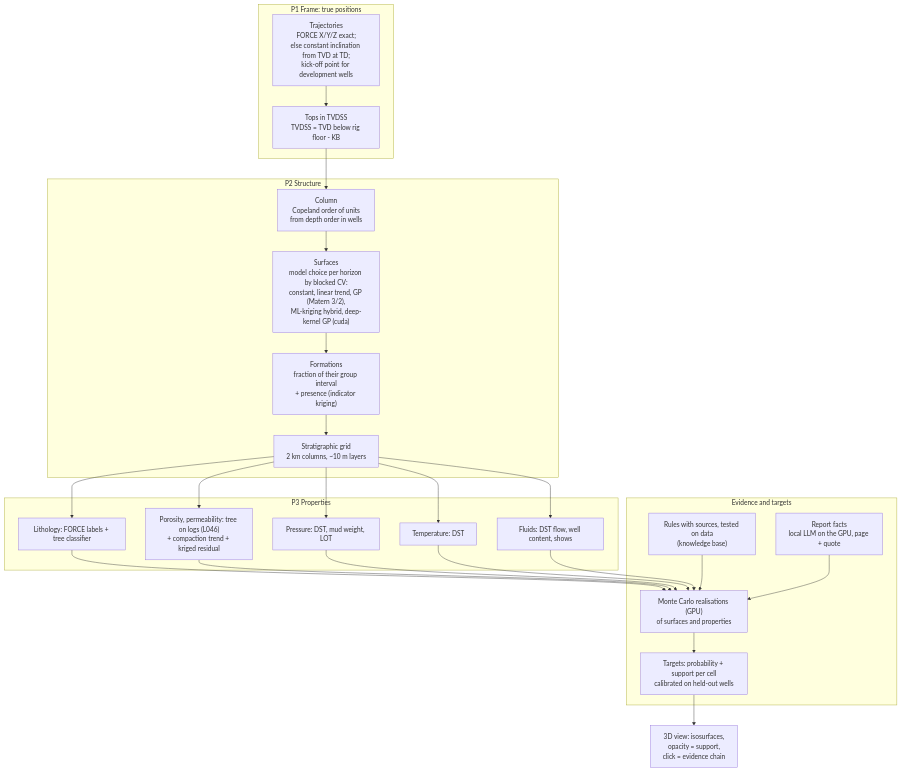
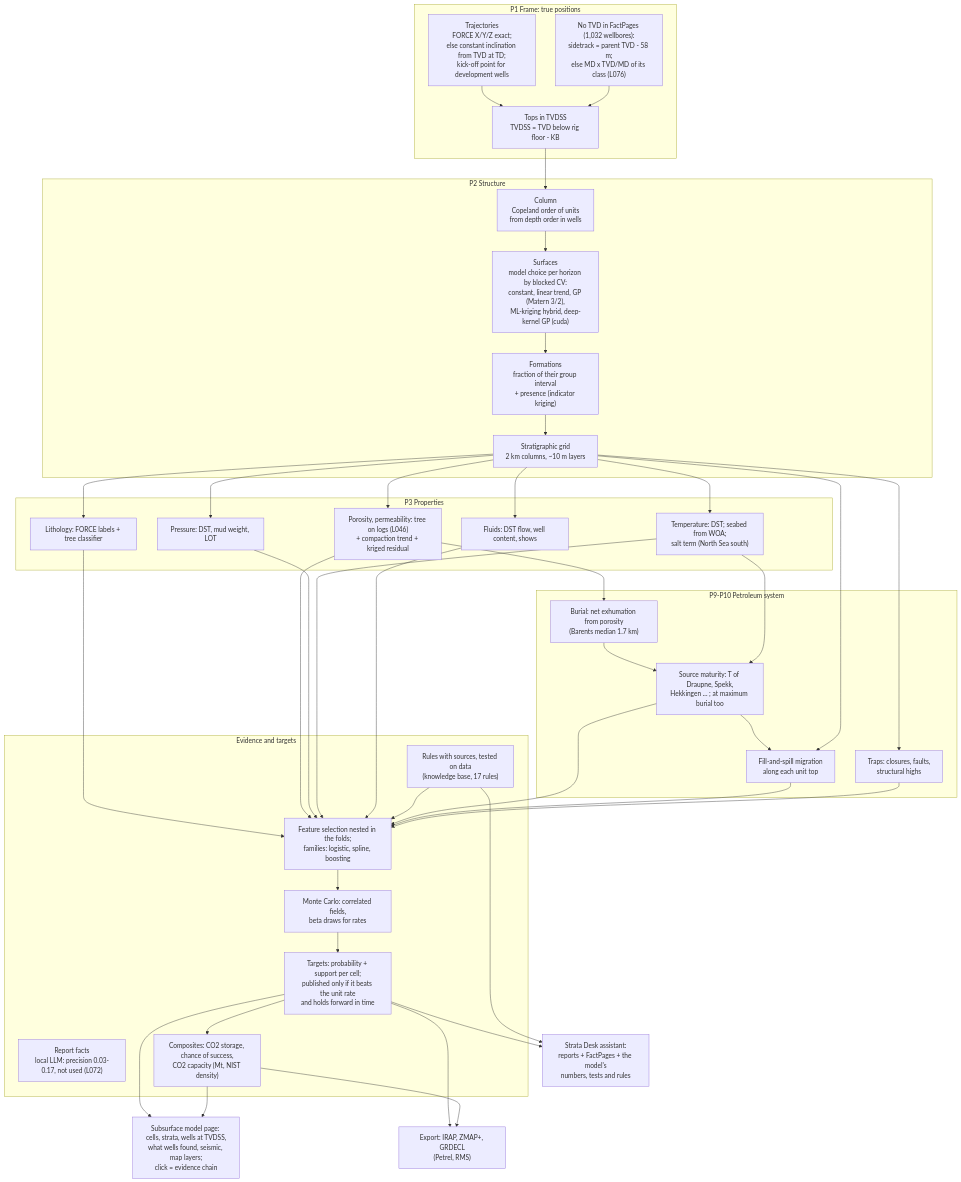
The second of 2 diagrams in subsurface-evidence/docs/architecture.md (frheg/hackathon-force), drawn with Mermaid before and after one commit. The commit also changed other lines of this file and 32 other files, not shown here.

Commit message:
P9-P10: petroleum-system factors, honest skill, CO2 capacity, export, sidetrack depths, merged Subsurface model page, Strata assistant

````diff
--- a/subsurface-evidence/docs/architecture.md
+++ b/subsurface-evidence/docs/architecture.md
@@ -46,30 +52,45 @@
 ```mermaid
 flowchart TB
   subgraph FRAME["P1 Frame: true positions"]
     T1["Trajectories<br/>FORCE X/Y/Z exact;<br/>else constant inclination from TVD at TD;<br/>kick-off point for development wells"]
     T2["Tops in TVDSS<br/>TVDSS = TVD below rig floor - KB"]
+    T3["No TVD in FactPages (1,032 wellbores):<br/>sidetrack = parent TVD - 58 m;<br/>else MD x TVD/MD of its class (L076)"]
   end
   subgraph STRUCT["P2 Structure"]
     C["Column<br/>Copeland order of units<br/>from depth order in wells"]
     S["Surfaces<br/>model choice per horizon by blocked CV:<br/>constant, linear trend, GP (Matern 3/2),<br/>ML-kriging hybrid, deep-kernel GP (cuda)"]
     FR["Formations<br/>fraction of their group interval<br/>+ presence (indicator kriging)"]
     G["Stratigraphic grid<br/>2 km columns, ~10 m layers"]
   end
   subgraph PROP["P3 Properties"]
     L["Lithology: FORCE labels + tree classifier"]
     PP["Porosity, permeability: tree on logs (L046)<br/>+ compaction trend + kriged residual"]
     PR["Pressure: DST, mud weight, LOT"]
-    TE["Temperature: DST"]
+    TE["Temperature: DST; seabed from WOA;<br/>salt term (North Sea south)"]
     FL["Fluids: DST flow, well content, shows"]
   end
+  subgraph PSYS["P9-P10 Petroleum system"]
+    MA["Source maturity: T of Draupne, Spekk,<br/>Hekkingen ... ; at maximum burial too"]
+    BU["Burial: net exhumation from porosity<br/>(Barents median 1.7 km)"]
+    MI["Fill-and-spill migration<br/>along each unit top"]
+    TR["Traps: closures, faults,<br/>structural highs"]
+  end
   subgraph EVID["Evidence and targets"]
-    R["Rules with sources, tested on data<br/>(knowledge base)"]
-    X["Report facts<br/>local LLM on the GPU, page + quote"]
-    MC["Monte Carlo realisations (GPU)<br/>of surfaces and properties"]
-    TG["Targets: probability + support per cell<br/>calibrated on held-out wells"]
+    R["Rules with sources, tested on data<br/>(knowledge base, 17 rules)"]
+    X["Report facts<br/>local LLM: precision 0.03-0.17, not used (L072)"]
+    SEL["Feature selection nested in the folds;<br/>families: logistic, spline, boosting"]
+    MC["Monte Carlo: correlated fields,<br/>beta draws for rates"]
+    TG["Targets: probability + support per cell;<br/>published only if it beats the unit rate<br/>and holds forward in time"]
+    CO["Composites: CO2 storage, chance of success,<br/>CO2 capacity (Mt, NIST density)"]
   end
   T1 --> T2 --> C --> S --> FR --> G
+  T3 --> T2
   G --> L & PP & PR & TE & FL
-  L & PP & PR & TE & FL & R & X --> MC --> TG
-  TG --> UI["3D view: isosurfaces,<br/>opacity = support,<br/>click = evidence chain"]
+  PP --> BU --> MA
+  TE --> MA --> MI
+  G --> TR & MI
+  L & PP & PR & TE & FL & R & MA & MI & TR --> SEL --> MC --> TG --> CO
+  TG & CO --> UI["Subsurface model page: cells, strata, wells at TVDSS,<br/>what wells found, seismic, map layers;<br/>click = evidence chain"]
+  TG & CO --> EX["Export: IRAP, ZMAP+, GRDECL<br/>(Petrel, RMS)"]
+  TG & R --> AS["Strata Desk assistant:<br/>reports + FactPages + the model's<br/>numbers, tests and rules"]
 ```
````
